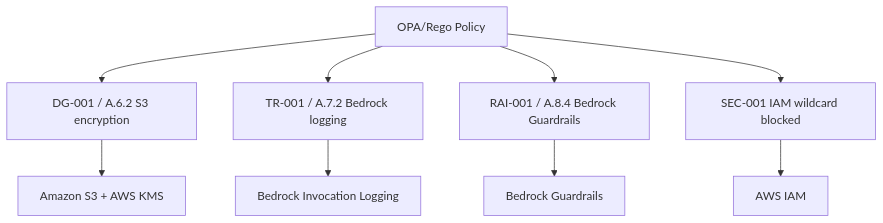
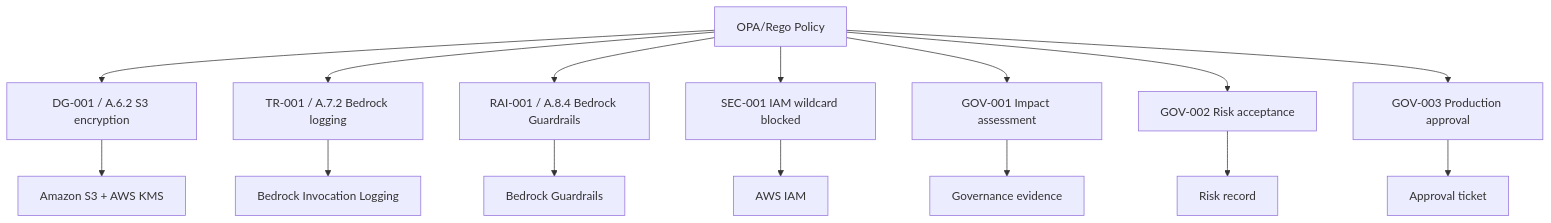
Before and after one commit to maha-sachin/aws-iso42001-governance-framework: the fifth of 6 diagrams in docs/architecture-diagram.md, drawn with Mermaid. The commit also changed other lines of this file and 2 other files, not shown here.

Commit message:
feat: add runtime agent governance examples and update architecture documentation

````diff
--- a/docs/architecture-diagram.md
+++ b/docs/architecture-diagram.md
@@ -85,14 +133,20 @@
 ```mermaid
 flowchart TB
   OPA["OPA/Rego Policy"]
 
   OPA --> DG["DG-001 / A.6.2 S3 encryption"]
   OPA --> TR["TR-001 / A.7.2 Bedrock logging"]
   OPA --> RAI["RAI-001 / A.8.4 Bedrock Guardrails"]
   OPA --> SEC["SEC-001 IAM wildcard blocked"]
+  OPA --> GOV1["GOV-001 Impact assessment"]
+  OPA --> GOV2["GOV-002 Risk acceptance"]
+  OPA --> GOV3["GOV-003 Production approval"]
 
   DG --> S3["Amazon S3 + AWS KMS"]
   TR --> BRLOG["Bedrock Invocation Logging"]
   RAI --> BRGR["Bedrock Guardrails"]
   SEC --> IAM["AWS IAM"]
+  GOV1 --> EVIDENCE1["Governance evidence"]
+  GOV2 --> RISK["Risk record"]
+  GOV3 --> APPROVAL["Approval ticket"]
 ```
````
